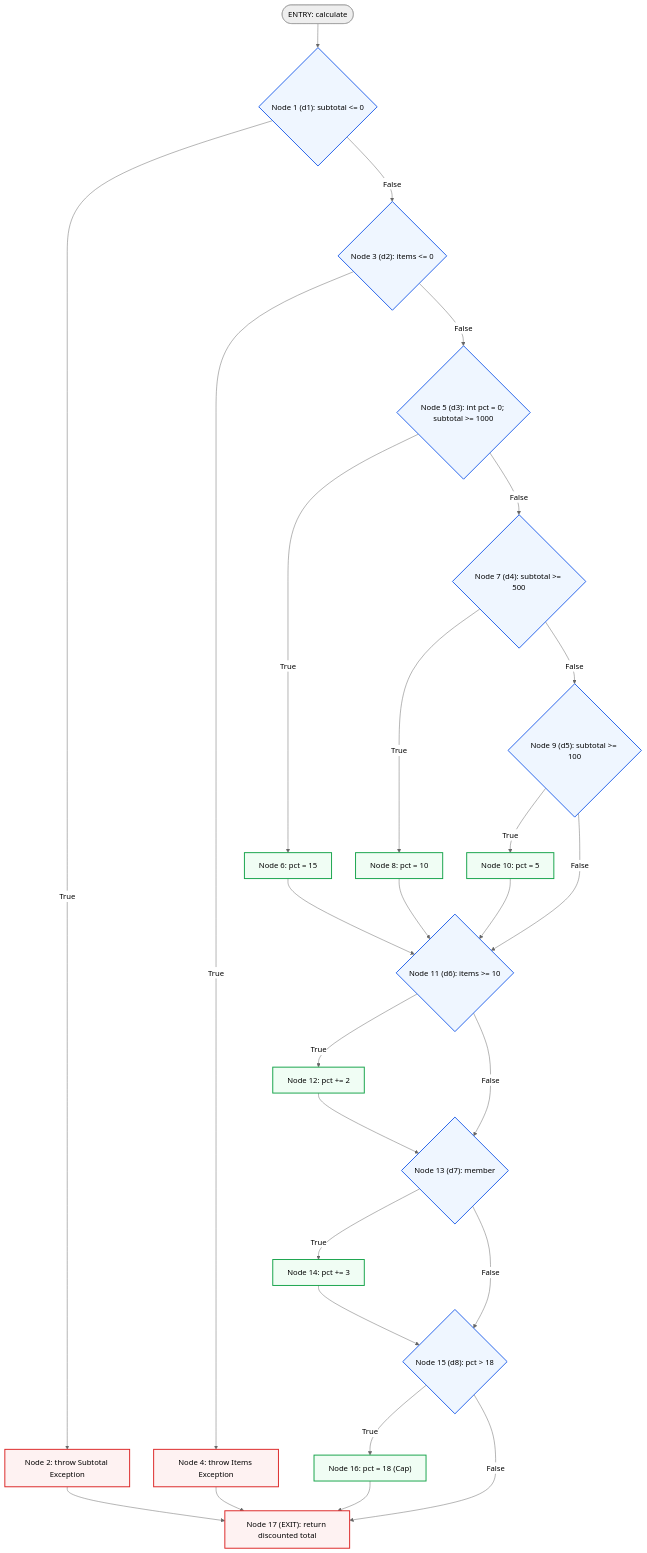
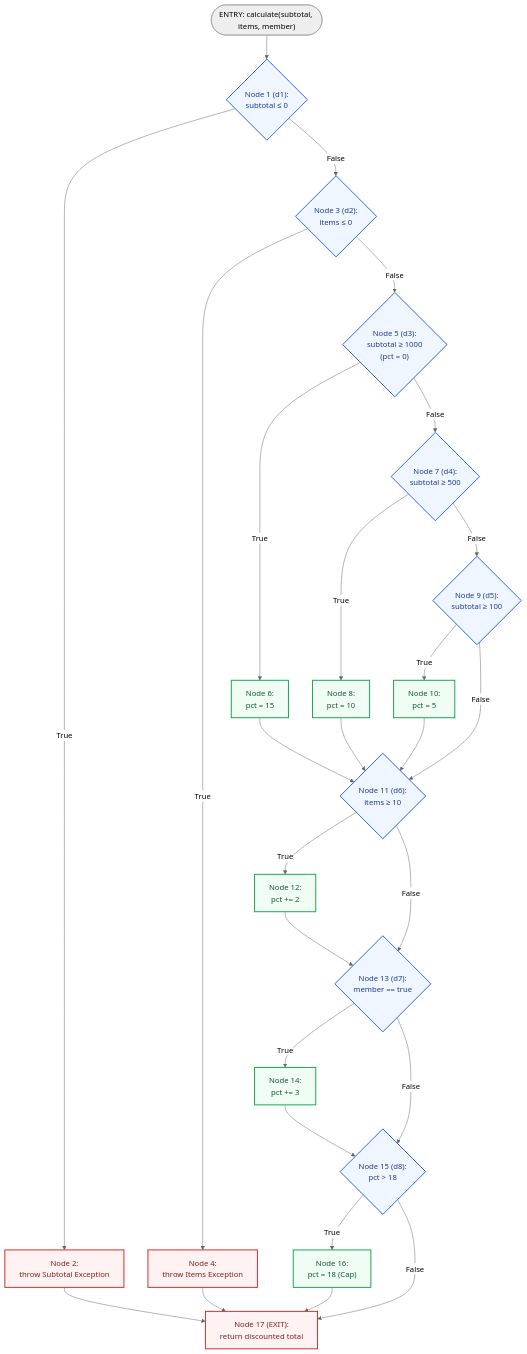
The diagram in docs/ca3/control-flow-graph.md (darshan29dk/Software_testing), drawn with Mermaid (neutral theme) before and after one commit. The commit also changed other lines of this file and 3 other files, not shown here.

Commit message:
Fix Mermaid diagram rendering syntax and add visual ASCII flowchart fallback in README

````diff
--- a/docs/ca3/control-flow-graph.md
+++ b/docs/ca3/control-flow-graph.md
@@ -58,47 +58,42 @@
 ```mermaid
-graph TD
-    classDef decision fill:#eff6ff,stroke:#2563eb,stroke-width:2px;
-    classDef process fill:#f0fdf4,stroke:#16a34a,stroke-width:2px;
-    classDef terminal fill:#fef2f2,stroke:#dc2626,stroke-width:2px;
+flowchart TD
+    classDef decision fill:#eff6ff,stroke:#2563eb,stroke-width:2px,color:#1e3a8a;
+    classDef process fill:#f0fdf4,stroke:#16a34a,stroke-width:2px,color:#14532d;
+    classDef terminal fill:#fef2f2,stroke:#dc2626,stroke-width:2px,color:#7f1d1d;
 
-    Entry([ENTRY: calculate]) --> N1
-    
-    N1{"Node 1 (d1): subtotal <= 0"}:::decision
-    N1 -- True --> N2["Node 2: throw Subtotal Exception"]:::terminal
-    N1 -- False --> N3{"Node 3 (d2): items <= 0"}:::decision
+    Entry(["ENTRY: calculate(subtotal, items, member)"]) --> N1{"Node 1 (d1):<br/>subtotal ≤ 0"}:::decision
 
-    N2 --> N17
+    N1 -- True --> N2["Node 2:<br/>throw Subtotal Exception"]:::terminal
+    N1 -- False --> N3{"Node 3 (d2):<br/>items ≤ 0"}:::decision
 
-    N3 -- True --> N4["Node 4: throw Items Exception"]:::terminal
-    N3 -- False --> N5{"Node 5 (d3): int pct = 0; subtotal >= 1000"}:::decision
+    N3 -- True --> N4["Node 4:<br/>throw Items Exception"]:::terminal
+    N3 -- False --> N5{"Node 5 (d3):<br/>subtotal ≥ 1000<br/>(pct = 0)"}:::decision
 
-    N4 --> N17
+    N5 -- True --> N6["Node 6:<br/>pct = 15"]:::process
+    N5 -- False --> N7{"Node 7 (d4):<br/>subtotal ≥ 500"}:::decision
 
-    N5 -- True --> N6["Node 6: pct = 15"]:::process
-    N5 -- False --> N7{"Node 7 (d4): subtotal >= 500"}:::decision
+    N7 -- True --> N8["Node 8:<br/>pct = 10"]:::process
+    N7 -- False --> N9{"Node 9 (d5):<br/>subtotal ≥ 100"}:::decision
 
-    N7 -- True --> N8["Node 8: pct = 10"]:::process
-    N7 -- False --> N9{"Node 9 (d5): subtotal >= 100"}:::decision
+    N9 -- True --> N10["Node 10:<br/>pct = 5"]:::process
+    N9 -- False --> N11{"Node 11 (d6):<br/>items ≥ 10"}:::decision
 
-    N9 -- True --> N10["Node 10: pct = 5"]:::process
-    N9 -- False --> N11
-
-    N6 --> N11{"Node 11 (d6): items >= 10"}:::decision
+    N6 --> N11
     N8 --> N11
     N10 --> N11
 
-    N11 -- True --> N12["Node 12: pct += 2"]:::process
-    N11 -- False --> N13{"Node 13 (d7): member"}:::decision
-
+    N11 -- True --> N12["Node 12:<br/>pct += 2"]:::process
+    N11 -- False --> N13{"Node 13 (d7):<br/>member == true"}:::decision
     N12 --> N13
 
-    N13 -- True --> N14["Node 14: pct += 3"]:::process
-    N13 -- False --> N15{"Node 15 (d8): pct > 18"}:::decision
-
+    N13 -- True --> N14["Node 14:<br/>pct += 3"]:::process
+    N13 -- False --> N15{"Node 15 (d8):<br/>pct > 18"}:::decision
     N14 --> N15
 
-    N15 -- True --> N16["Node 16: pct = 18 (Cap)"]:::process
-    N15 -- False --> N17["Node 17 (EXIT): return discounted total"]:::terminal
+    N15 -- True --> N16["Node 16:<br/>pct = 18 (Cap)"]:::process
+    N15 -- False --> N17["Node 17 (EXIT):<br/>return discounted total"]:::terminal
 
     N16 --> N17
+    N2 --> N17
+    N4 --> N17
 ```
````
